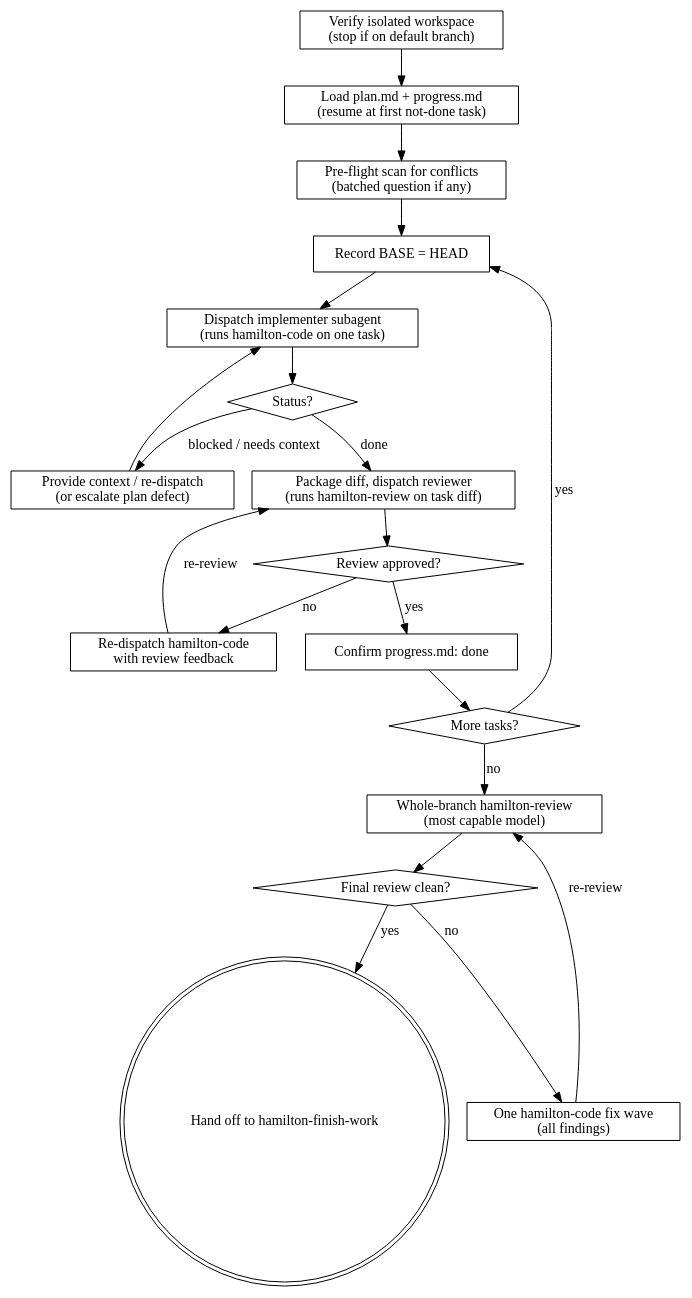
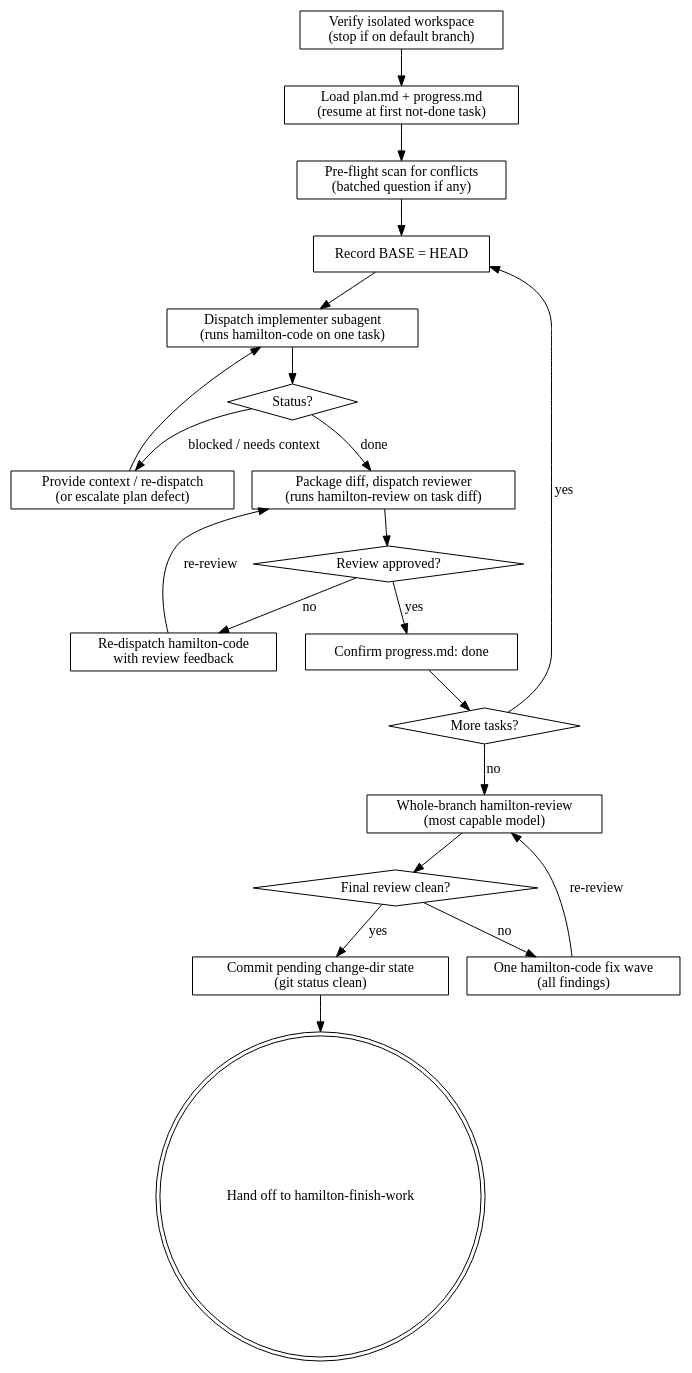
The diagram in skills/hamilton-orchestrate/SKILL.md (caiorcferreira/hamilton), drawn with Graphviz before and after one commit. The commit also changed other lines of this file and 2 other files, not shown here.

First line of the commit message:
docs(hamilton): commit change-dir updates before finishing

````diff
--- a/skills/hamilton-orchestrate/SKILL.md
+++ b/skills/hamilton-orchestrate/SKILL.md
@@ -213,40 +221,42 @@
 ```dot
 digraph hamilton_orchestrate {
     "Verify isolated workspace\n(stop if on default branch)" [shape=box];
     "Load plan.md + progress.md\n(resume at first not-done task)" [shape=box];
     "Pre-flight scan for conflicts\n(batched question if any)" [shape=box];
     "Record BASE = HEAD" [shape=box];
     "Dispatch implementer subagent\n(runs hamilton-code on one task)" [shape=box];
     "Status?" [shape=diamond];
     "Provide context / re-dispatch\n(or escalate plan defect)" [shape=box];
     "Package diff, dispatch reviewer\n(runs hamilton-review on task diff)" [shape=box];
     "Review approved?" [shape=diamond];
     "Re-dispatch hamilton-code\nwith review feedback" [shape=box];
     "Confirm progress.md: done" [shape=box];
     "More tasks?" [shape=diamond];
     "Whole-branch hamilton-review\n(most capable model)" [shape=box];
     "Final review clean?" [shape=diamond];
     "One hamilton-code fix wave\n(all findings)" [shape=box];
+    "Commit pending change-dir state\n(git status clean)" [shape=box];
     "Hand off to hamilton-finish-work" [shape=doublecircle];
 
     "Verify isolated workspace\n(stop if on default branch)" -> "Load plan.md + progress.md\n(resume at first not-done task)";
     "Load plan.md + progress.md\n(resume at first not-done task)" -> "Pre-flight scan for conflicts\n(batched question if any)";
     "Pre-flight scan for conflicts\n(batched question if any)" -> "Record BASE = HEAD";
     "Record BASE = HEAD" -> "Dispatch implementer subagent\n(runs hamilton-code on one task)";
     "Dispatch implementer subagent\n(runs hamilton-code on one task)" -> "Status?";
     "Status?" -> "Provide context / re-dispatch\n(or escalate plan defect)" [label="blocked / needs context"];
     "Provide context / re-dispatch\n(or escalate plan defect)" -> "Dispatch implementer subagent\n(runs hamilton-code on one task)";
     "Status?" -> "Package diff, dispatch reviewer\n(runs hamilton-review on task diff)" [label="done"];
     "Package diff, dispatch reviewer\n(runs hamilton-review on task diff)" -> "Review approved?";
     "Review approved?" -> "Re-dispatch hamilton-code\nwith review feedback" [label="no"];
     "Re-dispatch hamilton-code\nwith review feedback" -> "Package diff, dispatch reviewer\n(runs hamilton-review on task diff)" [label="re-review"];
     "Review approved?" -> "Confirm progress.md: done" [label="yes"];
     "Confirm progress.md: done" -> "More tasks?";
     "More tasks?" -> "Record BASE = HEAD" [label="yes"];
     "More tasks?" -> "Whole-branch hamilton-review\n(most capable model)" [label="no"];
     "Whole-branch hamilton-review\n(most capable model)" -> "Final review clean?";
     "Final review clean?" -> "One hamilton-code fix wave\n(all findings)" [label="no"];
     "One hamilton-code fix wave\n(all findings)" -> "Whole-branch hamilton-review\n(most capable model)" [label="re-review"];
-    "Final review clean?" -> "Hand off to hamilton-finish-work" [label="yes"];
+    "Final review clean?" -> "Commit pending change-dir state\n(git status clean)" [label="yes"];
+    "Commit pending change-dir state\n(git status clean)" -> "Hand off to hamilton-finish-work";
 }
 ```
````
